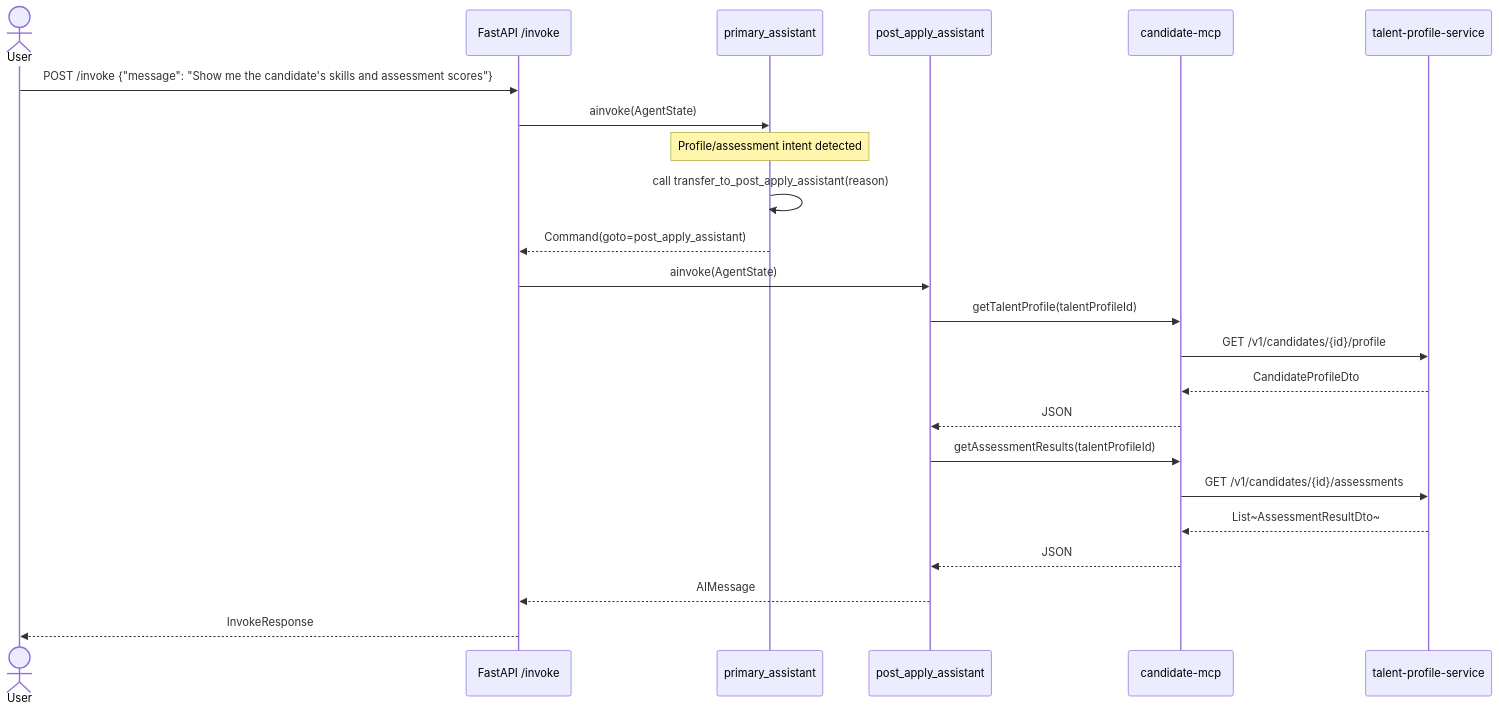
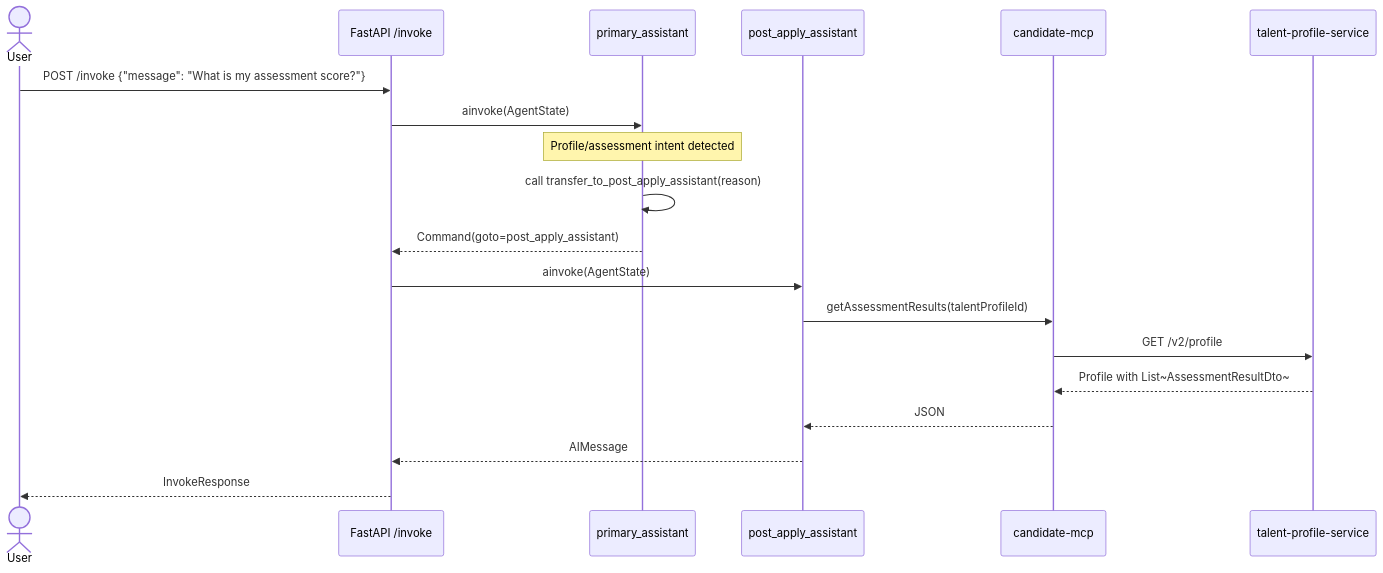
Before and after one commit to venkat-raman17/candidate-agent: diagram 16 of 32 in LLD_POST_APPLY_ASSISTANT.md, drawn with Mermaid. The commit also changed other lines of this file, not shown here.

First line of the commit message:
fix: update job details in post-apply assistant documentation

````diff
--- a/LLD_POST_APPLY_ASSISTANT.md
+++ b/LLD_POST_APPLY_ASSISTANT.md
@@ -976,31 +976,26 @@
 ```mermaid
 sequenceDiagram
     actor User
     participant API as FastAPI /invoke
     participant PA as primary_assistant
     participant PAA as post_apply_assistant
     participant CMCP as candidate-mcp
     participant TPS as talent-profile-service
 
-    User->>API: POST /invoke {"message": "Show me the candidate's skills and assessment scores"}
+    User->>API: POST /invoke {"message": "What is my assessment score?"}
     API->>PA: ainvoke(AgentState)
 
     note over PA: Profile/assessment intent detected
     PA->>PA: call transfer_to_post_apply_assistant(reason)
     PA-->>API: Command(goto=post_apply_assistant)
 
     API->>PAA: ainvoke(AgentState)
 
-    PAA->>CMCP: getTalentProfile(talentProfileId)
-    CMCP->>TPS: GET /v1/candidates/{id}/profile
-    TPS-->>CMCP: CandidateProfileDto
-    CMCP-->>PAA: JSON
-
     PAA->>CMCP: getAssessmentResults(talentProfileId)
-    CMCP->>TPS: GET /v1/candidates/{id}/assessments
-    TPS-->>CMCP: List~AssessmentResultDto~
+    CMCP->>TPS: GET /v2/profile
+    TPS-->>CMCP: Profile with List~AssessmentResultDto~
     CMCP-->>PAA: JSON
 
     PAA-->>API: AIMessage
     API-->>User: InvokeResponse
 ```
````
